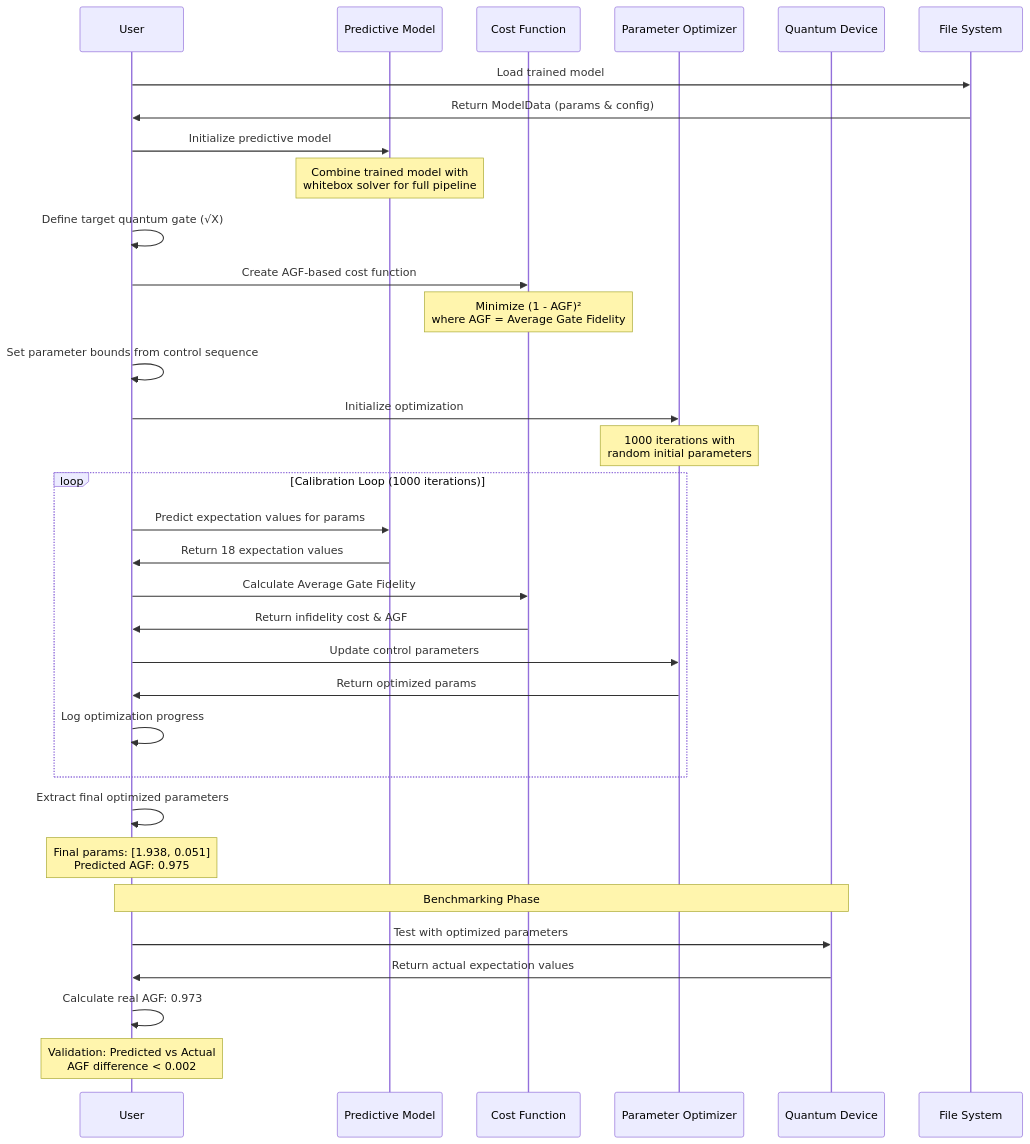
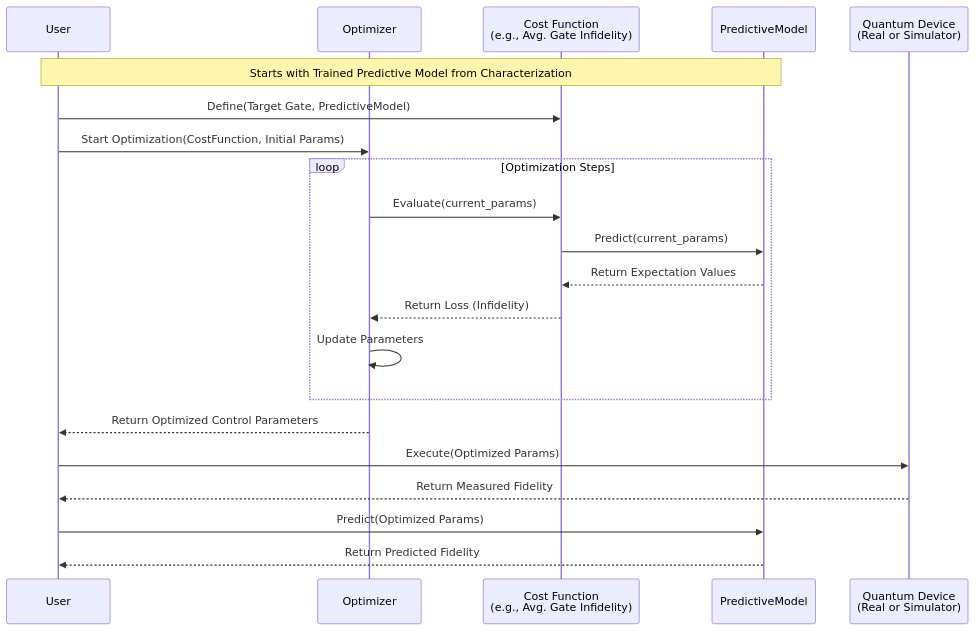
Before and after one commit to PorametPat/inspeqtor: the fifth of 5 diagrams in docs/tutorials/overviews.md, drawn with Mermaid. The commit also changed other lines of this file and 16 other files, not shown here.

````diff
--- a/docs/tutorials/overviews.md
+++ b/docs/tutorials/overviews.md
@@ -97,44 +146,29 @@
 ```mermaid
 sequenceDiagram
     participant User
-    participant PredModel as Predictive Model
-    participant CostFn as Cost Function
-    participant Calibrator as Parameter Optimizer
-    participant QDevice as Quantum Device
-    participant Storage as File System
+    participant Optimizer
+    participant CostFunction as Cost Function <br/> (e.g., Avg. Gate Infidelity)
+    participant Model as PredictiveModel
+    participant Device as Quantum Device<br/>(Real or Simulator)
     
-    User->>Storage: Load trained model
-    Storage->>User: Return ModelData (params & config)
+    Note over User, Model: Starts with Trained Predictive Model from Characterization
     
-    User->>PredModel: Initialize predictive model
-    Note over PredModel: Combine trained model with<br/>whitebox solver for full pipeline
+    User->>CostFunction: Define(Target Gate, PredictiveModel)
+    User->>Optimizer: Start Optimization(CostFunction, Initial Params)
     
-    User->>User: Define target quantum gate (√X)
-    User->>CostFn: Create AGF-based cost function
-    Note over CostFn: Minimize (1 - AGF)²<br/>where AGF = Average Gate Fidelity
-    
-    User->>User: Set parameter bounds from control sequence
-    User->>Calibrator: Initialize optimization
-    Note over Calibrator: 1000 iterations with<br/>random initial parameters
-    
-    loop Calibration Loop (1000 iterations)
-        User->>PredModel: Predict expectation values for params
-        PredModel->>User: Return 18 expectation values
-        User->>CostFn: Calculate Average Gate Fidelity
-        CostFn->>User: Return infidelity cost & AGF
-        User->>Calibrator: Update control parameters
-        Calibrator->>User: Return optimized params
-        User->>User: Log optimization progress
+    loop Optimization Steps
+        Optimizer->>CostFunction: Evaluate(current_params)
+        CostFunction->>Model: Predict(current_params)
+        Model-->>CostFunction: Return Expectation Values
+        CostFunction-->>Optimizer: Return Loss (Infidelity)
+        Optimizer->>Optimizer: Update Parameters
     end
     
-    User->>User: Extract final optimized parameters
-    Note over User: Final params: [1.938, 0.051]<br/>Predicted AGF: 0.975
+    Optimizer-->>User: Return Optimized Control Parameters
     
-    Note over User,QDevice: Benchmarking Phase
-    User->>QDevice: Test with optimized parameters
-    QDevice->>User: Return actual expectation values
-    User->>User: Calculate real AGF: 0.973
-    
-    Note over User: Validation: Predicted vs Actual<br/>AGF difference < 0.002
-
+    %% alt Benchmarking
+    User->>Device: Execute(Optimized Params)
+    Device-->>User: Return Measured Fidelity
+    User->>Model: Predict(Optimized Params)
+    Model-->>User: Return Predicted Fidelity
 ```
````
